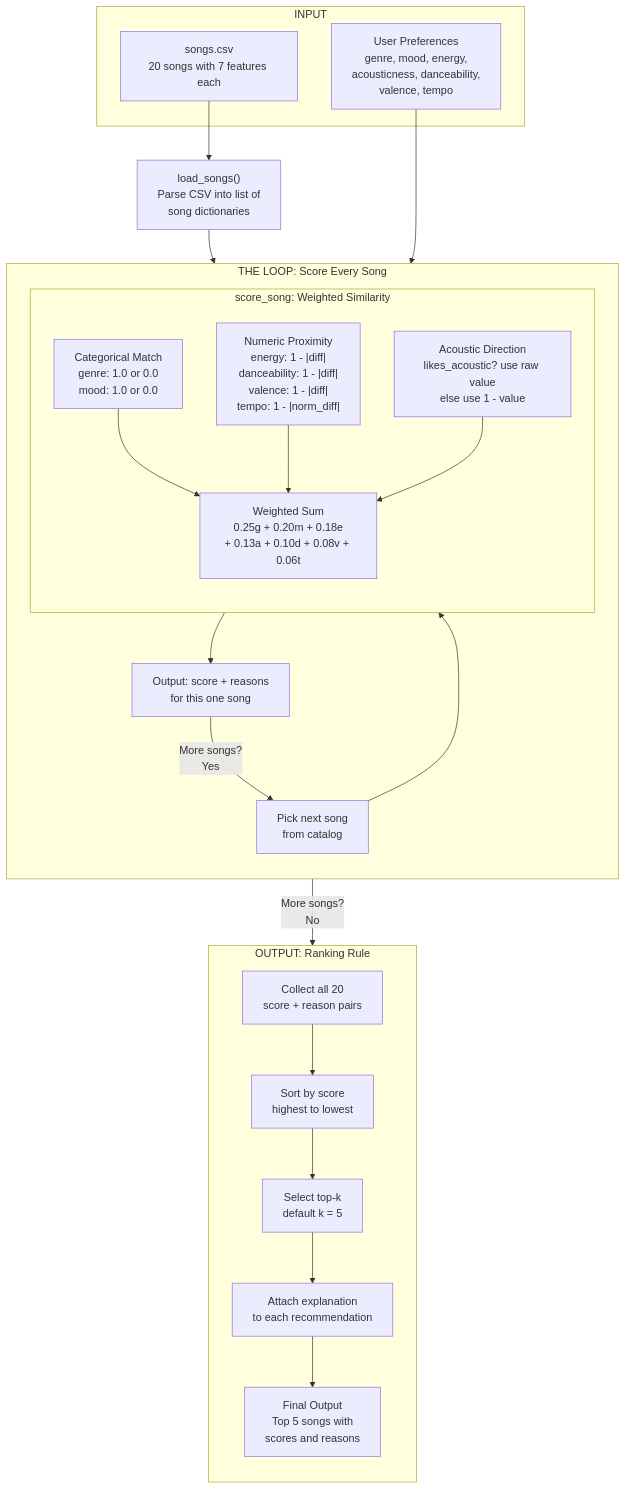
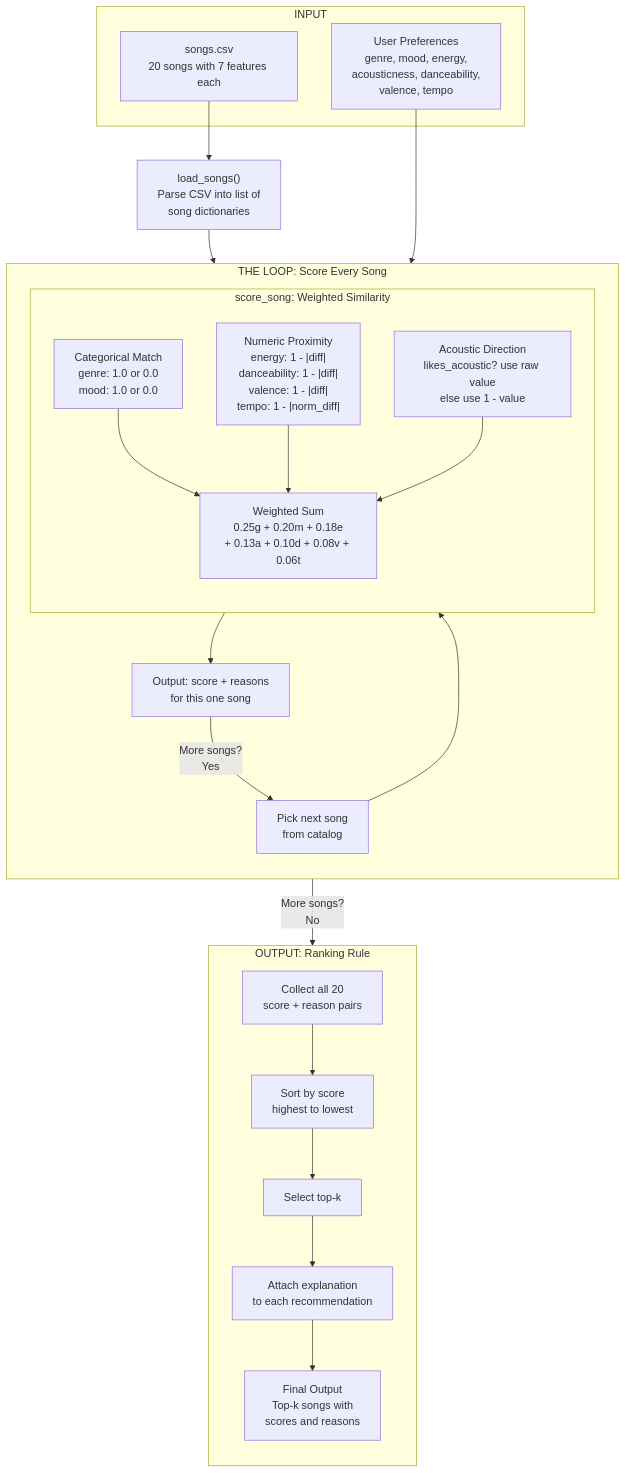
One commit to princymaheshwari/music-recommendation-system changed the diagram in README.md. Above: the diagram before and after it, drawn with Mermaid. The commit also changed other lines of this file, not shown here.

Commit message:
Default  k value fixed

````diff
--- a/README.md
+++ b/README.md
@@ -78,45 +78,45 @@
 ```mermaid
 flowchart TD
     subgraph input [INPUT]
         CSV["songs.csv\n20 songs with 7 features each"]
         UserPrefs["User Preferences\ngenre, mood, energy,\nacousticness, danceability,\nvalence, tempo"]
     end
 
     LoadSongs["load_songs()\nParse CSV into list of\nsong dictionaries"]
 
     CSV --> LoadSongs
 
     subgraph theLoop [THE LOOP: Score Every Song]
         direction TB
         PickSong["Pick next song\nfrom catalog"]
         subgraph scoringRule [score_song: Weighted Similarity]
             direction TB
             CatMatch["Categorical Match\ngenre: 1.0 or 0.0\nmood: 1.0 or 0.0"]
             NumProx["Numeric Proximity\nenergy: 1 - |diff|\ndanceability: 1 - |diff|\nvalence: 1 - |diff|\ntempo: 1 - |norm_diff|"]
             AcousticDir["Acoustic Direction\nlikes_acoustic? use raw value\nelse use 1 - value"]
             WeightedSum["Weighted Sum\n0.25g + 0.20m + 0.18e\n+ 0.13a + 0.10d + 0.08v + 0.06t"]
             CatMatch --> WeightedSum
             NumProx --> WeightedSum
             AcousticDir --> WeightedSum
         end
         ScoreOut["Output: score + reasons\nfor this one song"]
         PickSong --> scoringRule
         WeightedSum --> ScoreOut
         ScoreOut -->|"More songs?\nYes"| PickSong
     end
 
     LoadSongs --> theLoop
     UserPrefs --> theLoop
 
     subgraph output [OUTPUT: Ranking Rule]
         direction TB
         AllScores["Collect all 20\nscore + reason pairs"]
         SortDesc["Sort by score\nhighest to lowest"]
-        TopK["Select top-k\ndefault k = 5"]
+        TopK["Select top-k"]
         Explain["Attach explanation\nto each recommendation"]
-        FinalList["Final Output\nTop 5 songs with\nscores and reasons"]
+        FinalList["Final Output\nTop-k songs with\nscores and reasons"]
         AllScores --> SortDesc --> TopK --> Explain --> FinalList
     end
 
     ScoreOut -->|"More songs?\nNo"| AllScores
 ```
````
